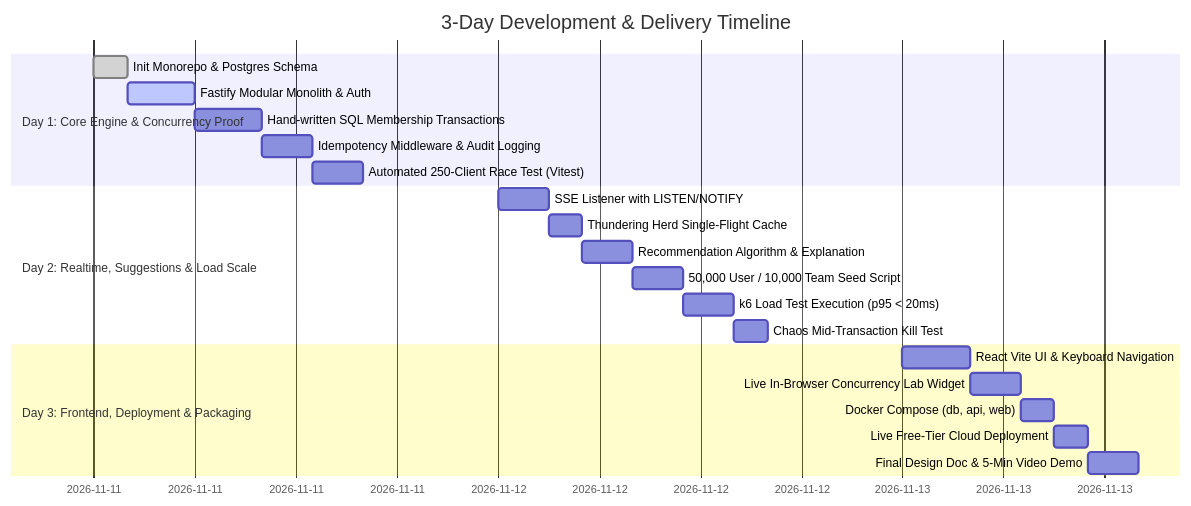
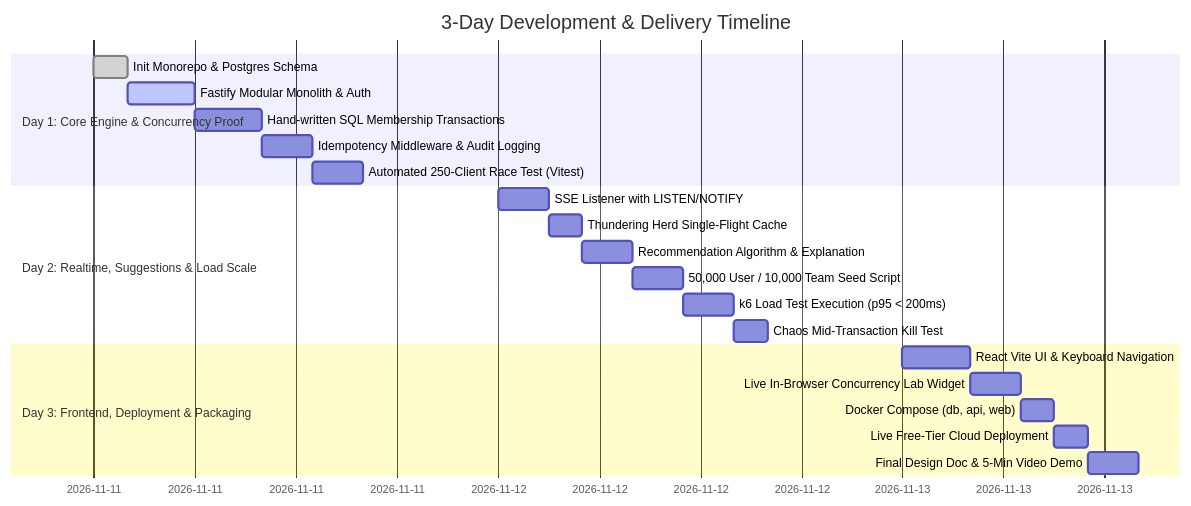
Before and after one commit to pukumars2003/Hach4Hack: the second of 2 diagrams in docs/ARCHITECTURE_AND_EXECUTION_PLAN.md, drawn with Mermaid. The commit also changed other lines of this file and 17 other files, not shown here.

````diff
--- a/docs/ARCHITECTURE_AND_EXECUTION_PLAN.md
+++ b/docs/ARCHITECTURE_AND_EXECUTION_PLAN.md
@@ -290,24 +290,24 @@
 ```mermaid
 gantt
     title 3-Day Development & Delivery Timeline
     dateFormat  YYYY-MM-DD
     section Day 1: Core Engine & Concurrency Proof
     Init Monorepo & Postgres Schema          :done, d1_1, 2026-11-11, 2h
     Fastify Modular Monolith & Auth          :active, d1_2, after d1_1, 4h
     Hand-written SQL Membership Transactions :d1_3, after d1_2, 4h
     Idempotency Middleware & Audit Logging   :d1_4, after d1_3, 3h
     Automated 250-Client Race Test (Vitest)  :d1_5, after d1_4, 3h
     section Day 2: Realtime, Suggestions & Load Scale
     SSE Listener with LISTEN/NOTIFY          :d2_1, 2026-11-12, 3h
     Thundering Herd Single-Flight Cache      :d2_2, after d2_1, 2h
     Recommendation Algorithm & Explanation   :d2_3, after d2_2, 3h
     50,000 User / 10,000 Team Seed Script    :d2_4, after d2_3, 3h
-    k6 Load Test Execution (p95 < 20ms)      :d2_5, after d2_4, 3h
+    k6 Load Test Execution (p95 < 200ms)      :d2_5, after d2_4, 3h
     Chaos Mid-Transaction Kill Test          :d2_6, after d2_5, 2h
     section Day 3: Frontend, Deployment & Packaging
     React Vite UI & Keyboard Navigation      :d3_1, 2026-11-13, 4h
     Live In-Browser Concurrency Lab Widget   :d3_2, after d3_1, 3h
     Docker Compose (db, api, web)            :d3_3, after d3_2, 2h
     Live Free-Tier Cloud Deployment          :d3_4, after d3_3, 2h
     Final Design Doc & 5-Min Video Demo      :d3_5, after d3_4, 3h
 ```
````
